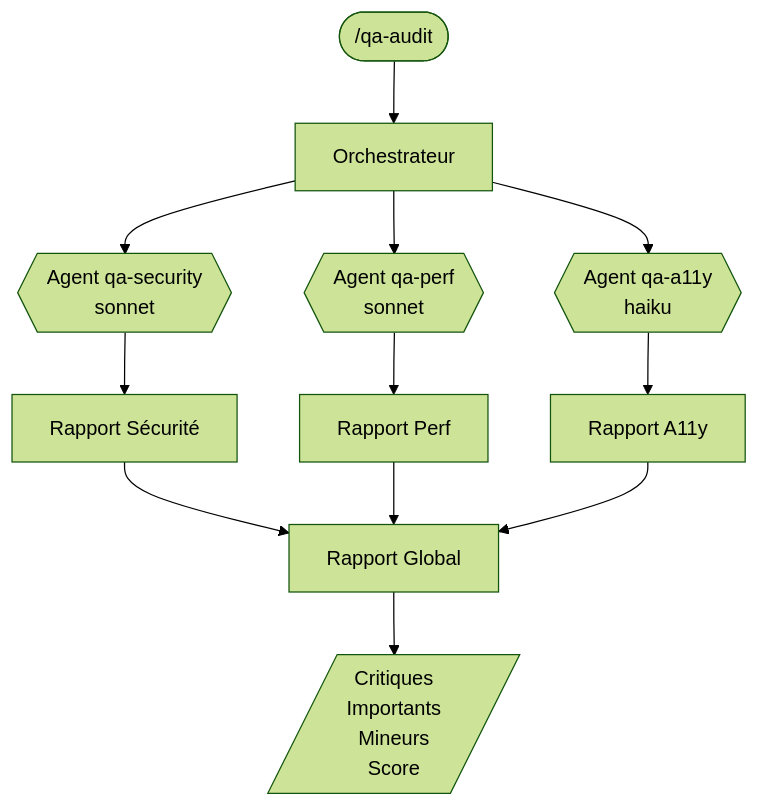
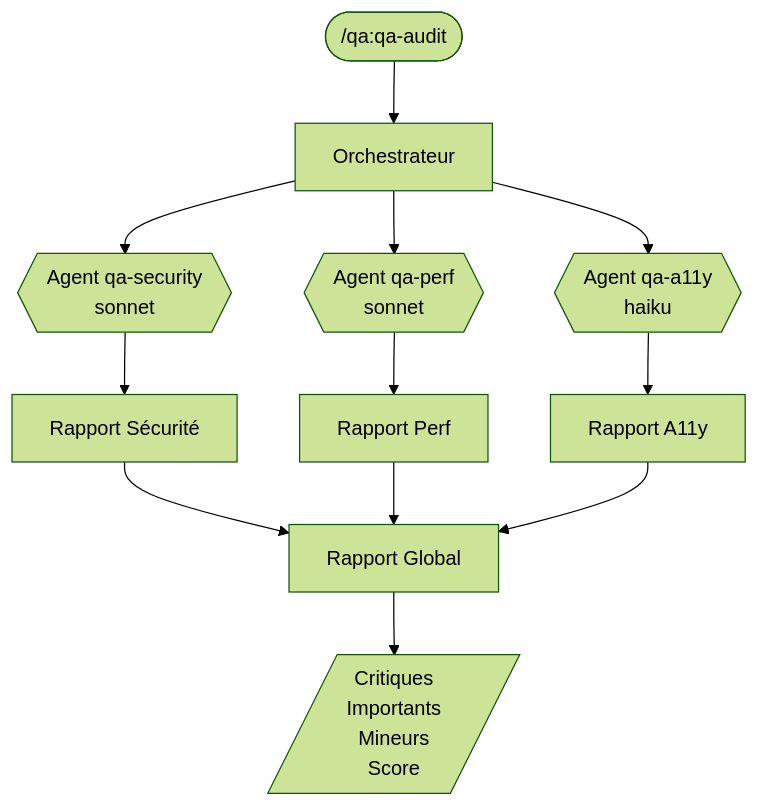
One commit to christopherlouet/claude-base changed the fifth of 8 diagrams in docs/WORKFLOWS.md. Above: the diagram before and after it, drawn with Mermaid (forest theme). The commit also changed other lines of this file and 318 other files, not shown here.

````diff
--- a/docs/WORKFLOWS.md
+++ b/docs/WORKFLOWS.md
@@ -299,18 +299,18 @@
 ```mermaid
 flowchart TD
-    AUDIT([/qa-audit]) --> ORCHESTRATOR[Orchestrateur]
+    AUDIT([/qa:qa-audit]) --> ORCHESTRATOR[Orchestrateur]
 
     ORCHESTRATOR --> SEC{{Agent qa-security<br/>sonnet}}
     ORCHESTRATOR --> PERF{{Agent qa-perf<br/>sonnet}}
     ORCHESTRATOR --> A11Y{{Agent qa-a11y<br/>haiku}}
 
     SEC --> RSEC[Rapport Sécurité]
     PERF --> RPERF[Rapport Perf]
     A11Y --> RA11Y[Rapport A11y]
 
     RSEC --> MERGE[Rapport Global]
     RPERF --> MERGE
     RA11Y --> MERGE
 
     MERGE --> REPORT[/Critiques\nImportants\nMineurs\nScore/]
 ```
````
